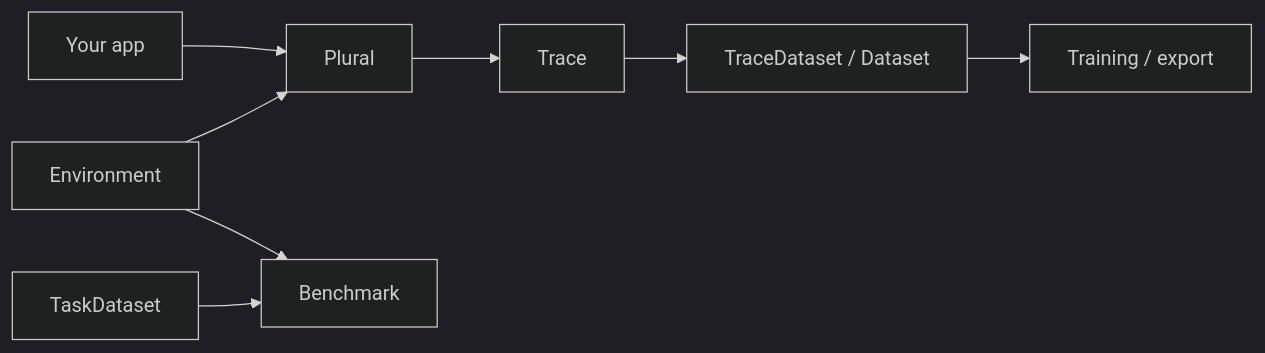
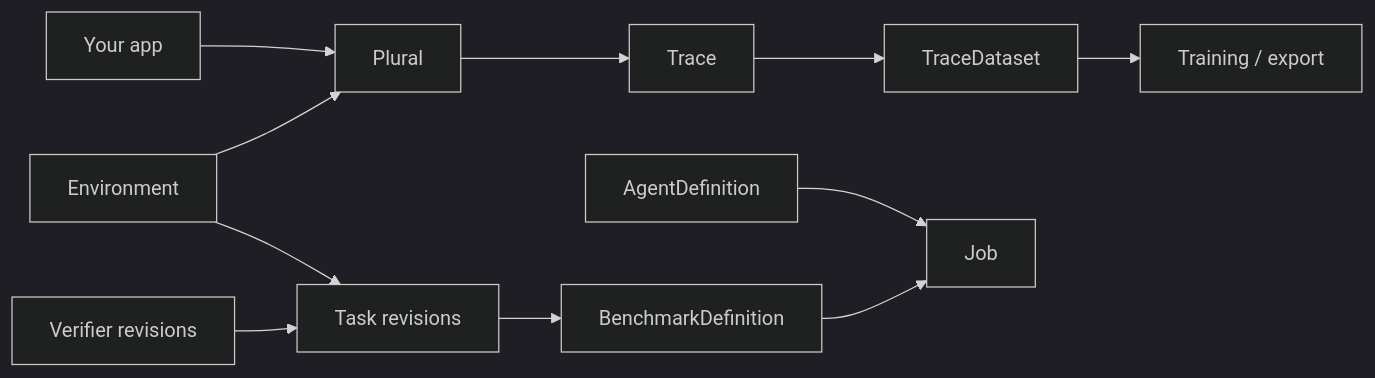
One commit to lastlabs-ai/plural changed the diagram in README.md. Above: the diagram before and after it, drawn with Mermaid (dark theme). The commit also changed other lines of this file and 177 other files, not shown here.

Commit message:
Rebuild Plural around revisioned evaluation architecture

````diff
--- a/README.md
+++ b/README.md
@@ -7,10 +7,13 @@
 ```mermaid
 flowchart LR
   App[Your app] --> Client[Plural]
   Env[Environment] --> Client
   Client --> Trace[Trace]
-  Trace --> TraceDataset[TraceDataset / Dataset]
+  Trace --> TraceDataset[TraceDataset]
   TraceDataset --> Training[Training / export]
-  TaskDataset[TaskDataset] --> Bench[Benchmark]
-  Env --> Bench
+  Env --> Task[Task revisions]
+  Verifier[Verifier revisions] --> Task
+  Task --> Bench[BenchmarkDefinition]
+  Agent[AgentDefinition] --> Job[Job]
+  Bench --> Job
 ```
````
